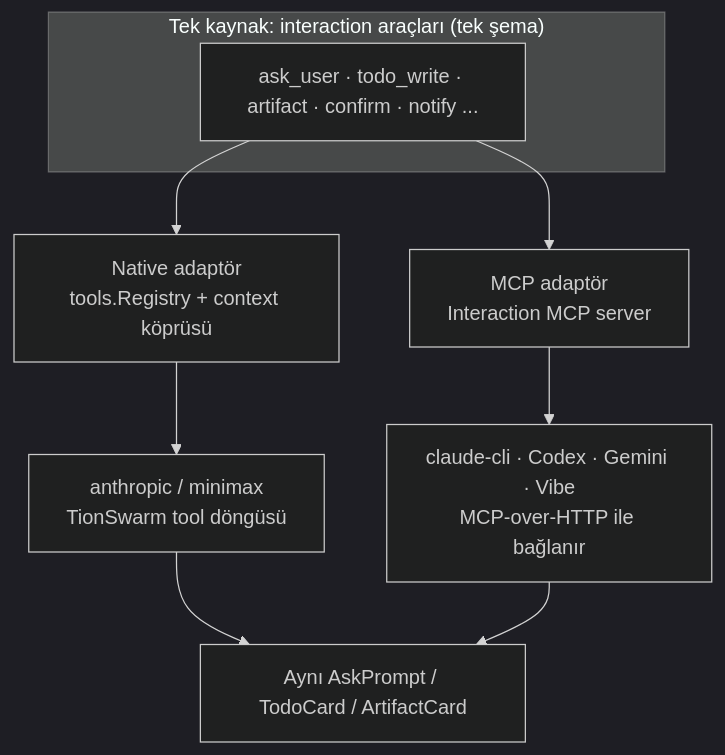
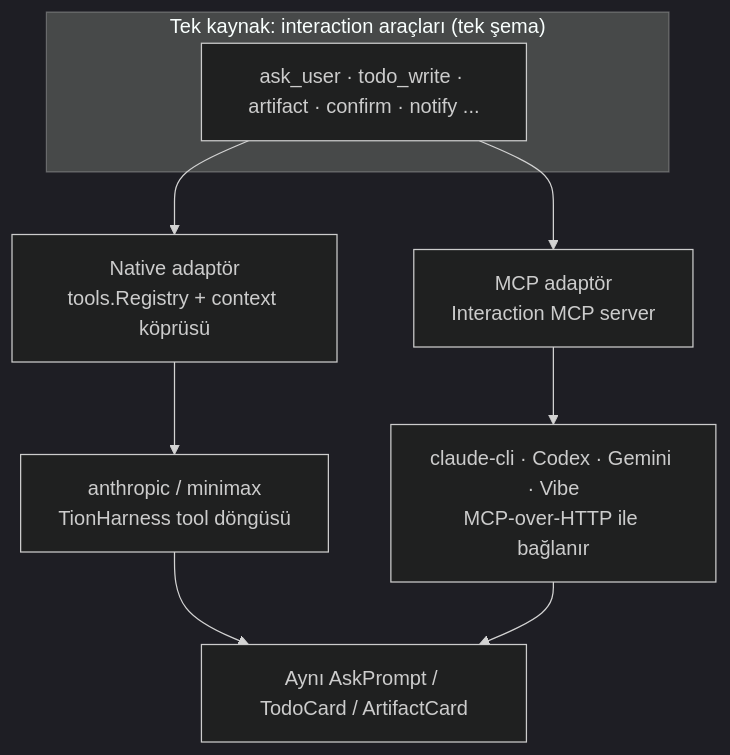
The first of 2 diagrams in _Docs/11-INTERACTION-MCP.md (bilal-arikan/tionharness), drawn with Mermaid (dark theme) before and after one commit. The commit also changed other lines of this file and 831 other files, not shown here.

First line of the commit message:
rename: TionSwarm -> TionHarness across the whole project

````diff
--- a/_Docs/11-INTERACTION-MCP.md
+++ b/_Docs/11-INTERACTION-MCP.md
@@ -50,12 +50,12 @@
 ```mermaid
 graph TD
     subgraph Tanim["Tek kaynak: interaction araçları (tek şema)"]
         T[ask_user · todo_write · artifact · confirm · notify ...]
     end
     T --> N[Native adaptör<br/>tools.Registry + context köprüsü]
     T --> M[MCP adaptör<br/>Interaction MCP server]
-    N --> NP[anthropic / minimax<br/>TionSwarm tool döngüsü]
+    N --> NP[anthropic / minimax<br/>TionHarness tool döngüsü]
     M --> CP[claude-cli · Codex · Gemini · Vibe<br/>MCP-over-HTTP ile bağlanır]
     NP --> UI[Aynı AskPrompt / TodoCard / ArtifactCard]
     CP --> UI
 ```
````
